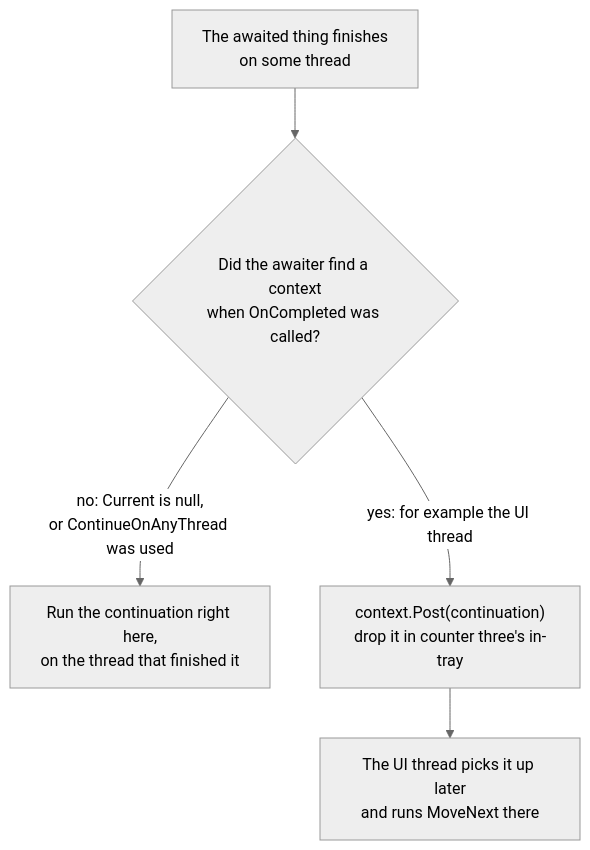
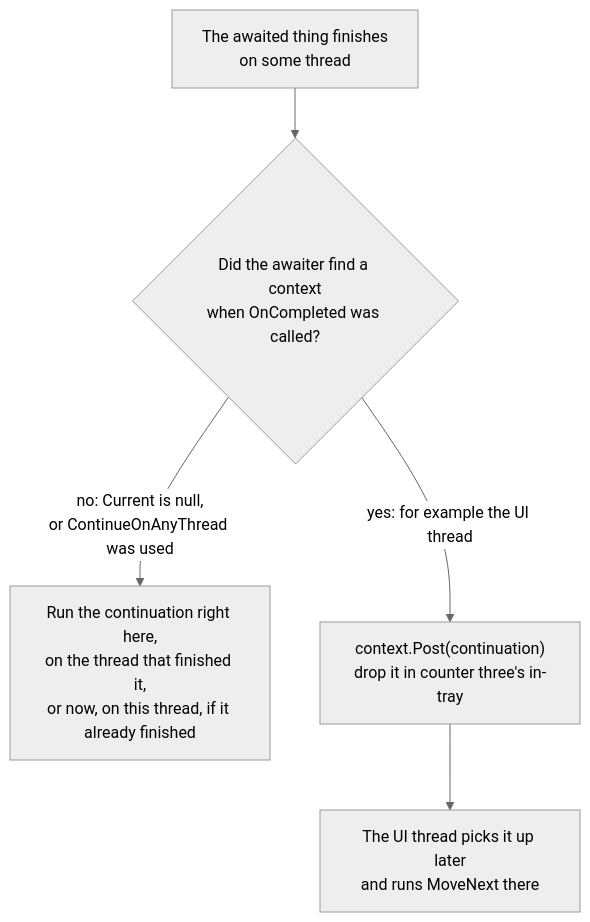
One commit to mmpworks/MMP.AsyncProxy changed the second of 3 diagrams in docs/course/05-context-rides-along.md. Above: the diagram before and after it, drawn with Mermaid (neutral theme). The commit also changed other lines of this file and 72 other files, not shown here.

````diff
--- a/docs/course/05-context-rides-along.md
+++ b/docs/course/05-context-rides-along.md
@@ -197,7 +203,7 @@
 ```mermaid
 flowchart TD
     DONE["The awaited thing finishes<br/>on some thread"] --> Q{"Did the awaiter find a context<br/>when OnCompleted was called?"}
-    Q -->|"no: Current is null,<br/>or ContinueOnAnyThread was used"| ANY["Run the continuation right here,<br/>on the thread that finished it"]
+    Q -->|"no: Current is null,<br/>or ContinueOnAnyThread was used"| ANY["Run the continuation right here,<br/>on the thread that finished it,<br/>or now, on this thread, if it already finished"]
     Q -->|"yes: for example the UI thread"| POST["context.Post(continuation)<br/>drop it in counter three's in-tray"]
     POST --> UI["The UI thread picks it up later<br/>and runs MoveNext there"]
 ```
````
